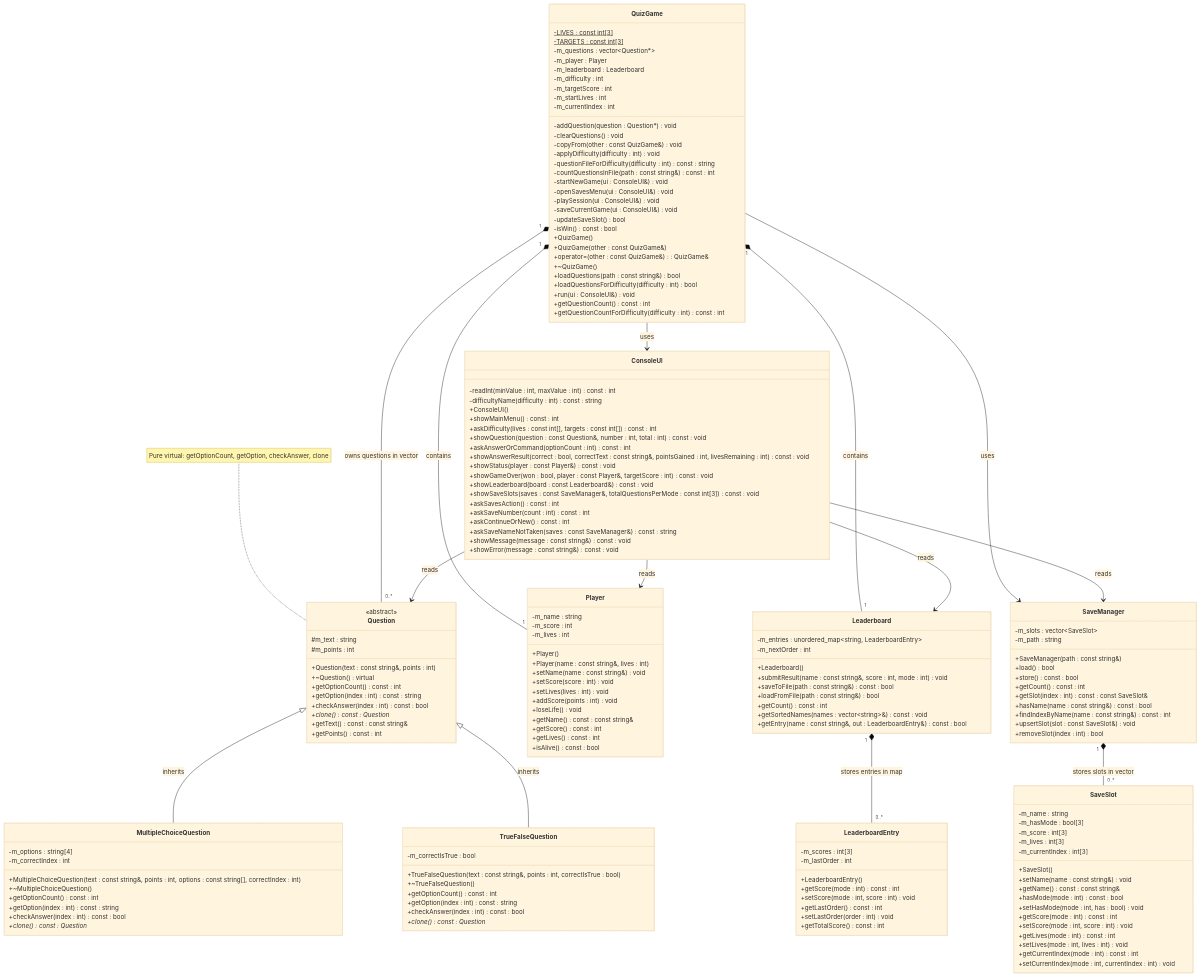
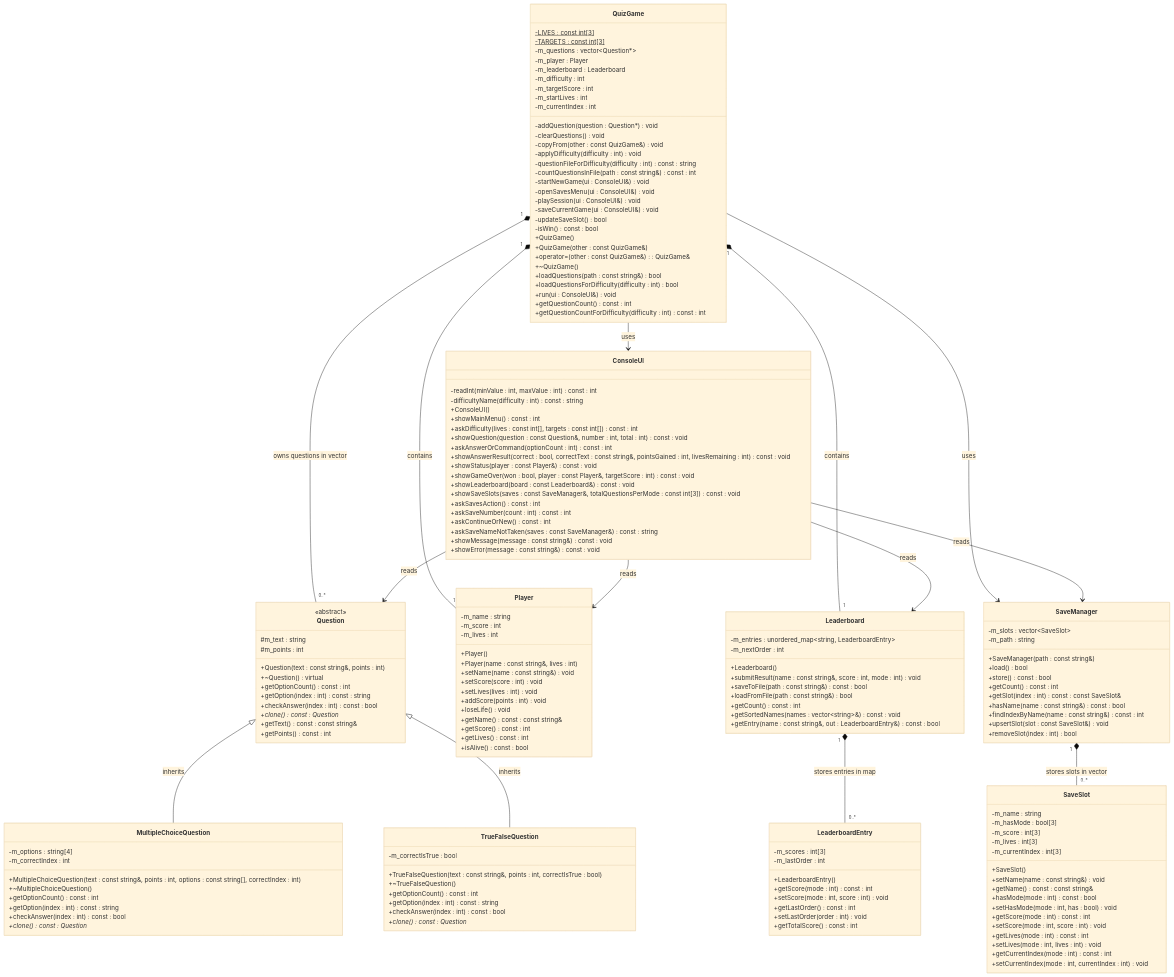
Before and after one commit to xGota7/Oop-Final-Project: the diagram in md Files/uml_diagram.md, drawn with Mermaid (base theme).

```diff
--- a/md Files/uml_diagram.md
+++ b/md Files/uml_diagram.md
@@ -22,8 +22,6 @@
         +getText() const : const string&
         +getPoints() const : int
     }
-
-    note for Question "Pure virtual: getOptionCount, getOption, checkAnswer, clone"
 
     class MultipleChoiceQuestion {
         -m_options : string[4]
```
